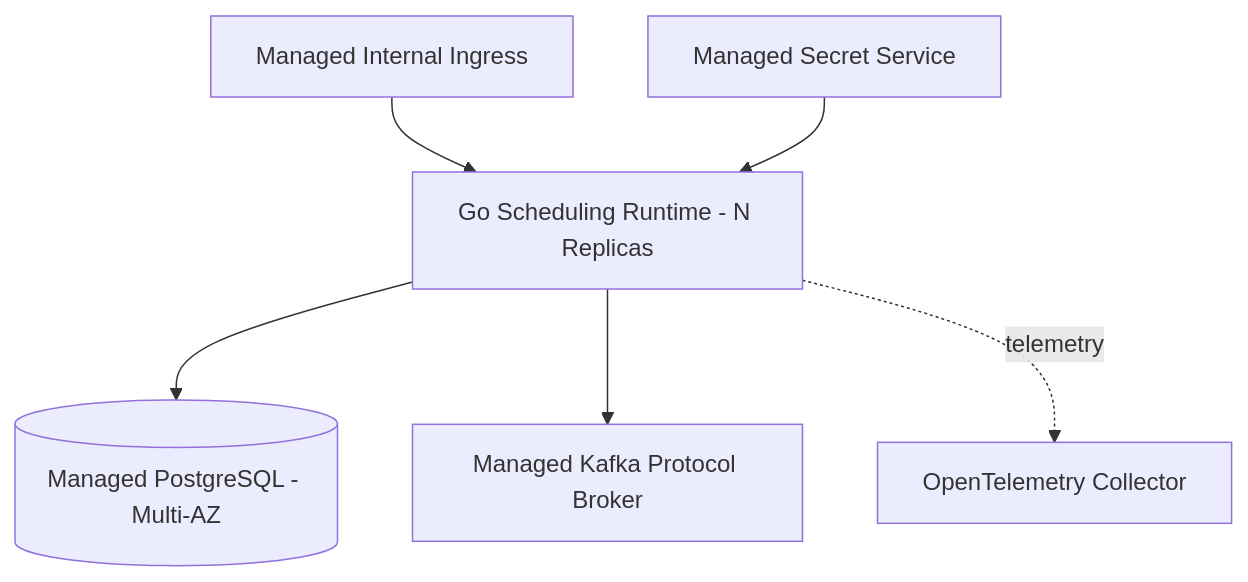
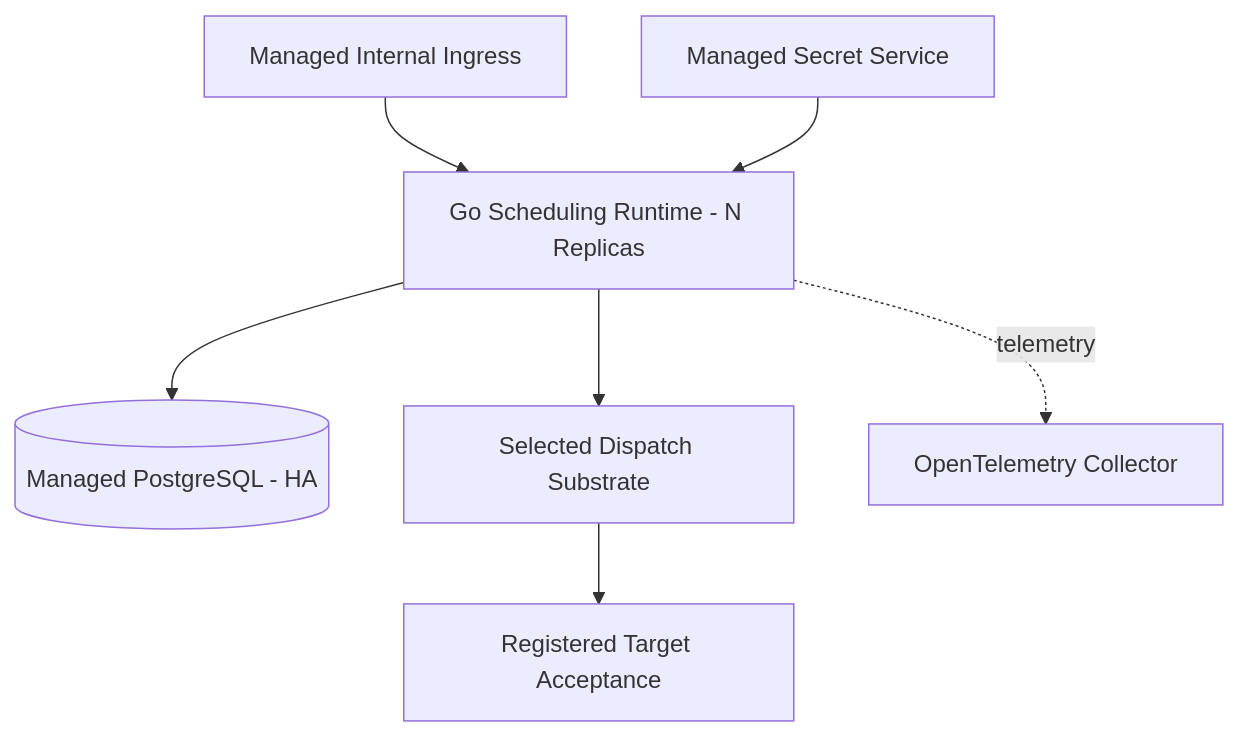
The second of 4 diagrams in 04-system/scnehaux-scheduling-platform/scnehaux-scheduling-runtime.sad.md (anshacerbia2/scnehaux-architecture), drawn with Mermaid before and after one commit. The commit also changed other lines of this file and 18 other files, not shown here.

````diff
--- a/04-system/scnehaux-scheduling-platform/scnehaux-scheduling-runtime.sad.md
+++ b/04-system/scnehaux-scheduling-platform/scnehaux-scheduling-runtime.sad.md
@@ -157,15 +203,17 @@
 ```mermaid
 graph TB
     INGRESS[Managed Internal Ingress]
     APP[Go Scheduling Runtime - N Replicas]
-    DB[(Managed PostgreSQL - Multi-AZ)]
-    KAFKA[Managed Kafka Protocol Broker]
+    DB[(Managed PostgreSQL - HA)]
+    MSG[Selected Dispatch Substrate]
+    TARGET[Registered Target Acceptance]
     SECRET[Managed Secret Service]
     OTEL[OpenTelemetry Collector]
 
     INGRESS --> APP
     APP --> DB
-    APP --> KAFKA
+    APP --> MSG
+    MSG --> TARGET
     SECRET --> APP
     APP -. telemetry .-> OTEL
 ```
````
